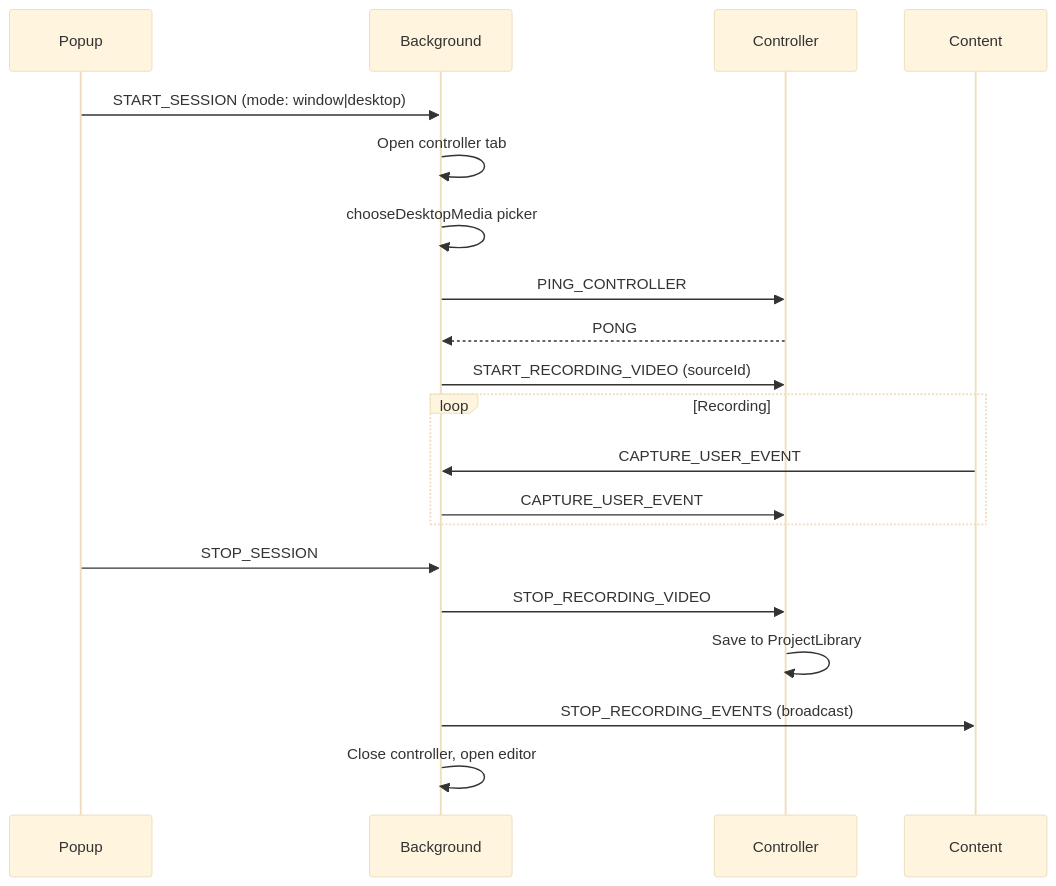
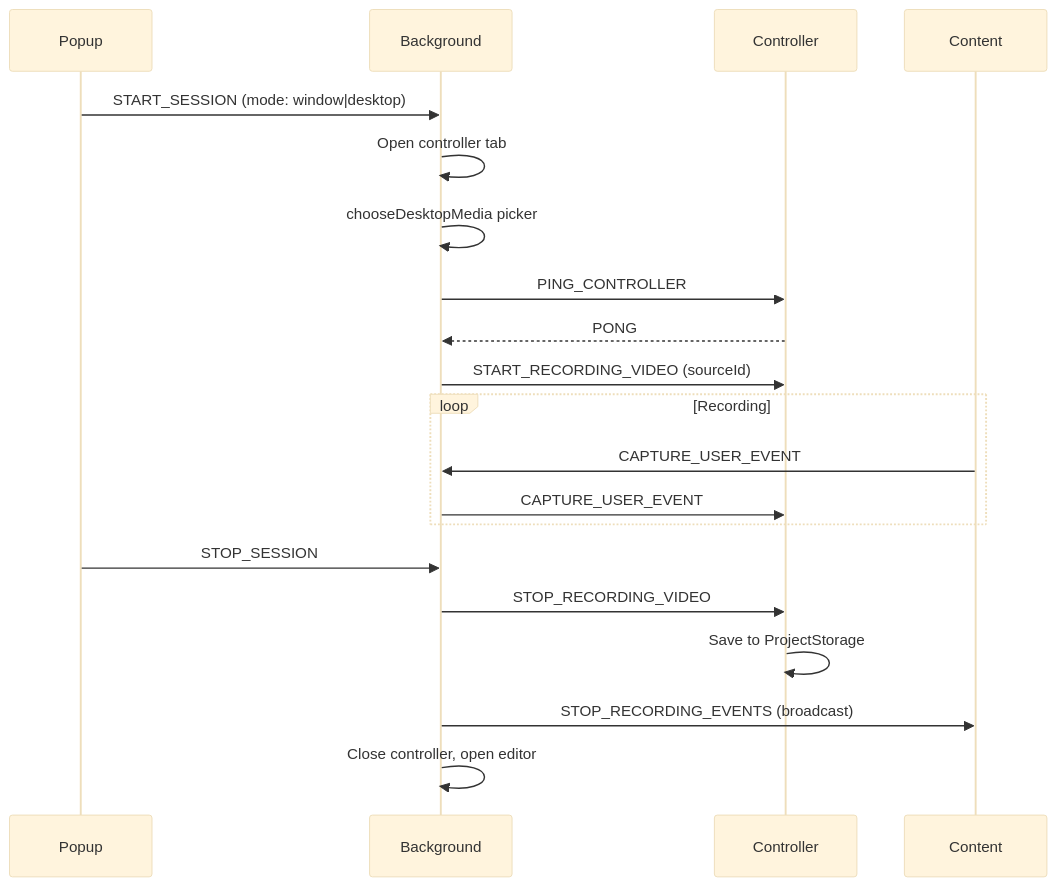
Before and after one commit to jmikh/recordio: the third of 3 diagrams in src/recording/communication.md, drawn with Mermaid (base theme). The commit also changed other lines of this file and 10 other files, not shown here.

````diff
--- a/src/recording/communication.md
+++ b/src/recording/communication.md
@@ -79,25 +79,25 @@
 ```mermaid
 sequenceDiagram
     participant P as Popup
     participant B as Background
     participant CT as Controller
     participant C as Content
 
     P->>B: START_SESSION (mode: window|desktop)
     B->>B: Open controller tab
     B->>B: chooseDesktopMedia picker
     B->>CT: PING_CONTROLLER
     CT-->>B: PONG
     B->>CT: START_RECORDING_VIDEO (sourceId)
     
     loop Recording
         C->>B: CAPTURE_USER_EVENT
         B->>CT: CAPTURE_USER_EVENT
     end
 
     P->>B: STOP_SESSION
     B->>CT: STOP_RECORDING_VIDEO
-    CT->>CT: Save to ProjectLibrary
+    CT->>CT: Save to ProjectStorage
     B->>C: STOP_RECORDING_EVENTS (broadcast)
     B->>B: Close controller, open editor
 ```
````
